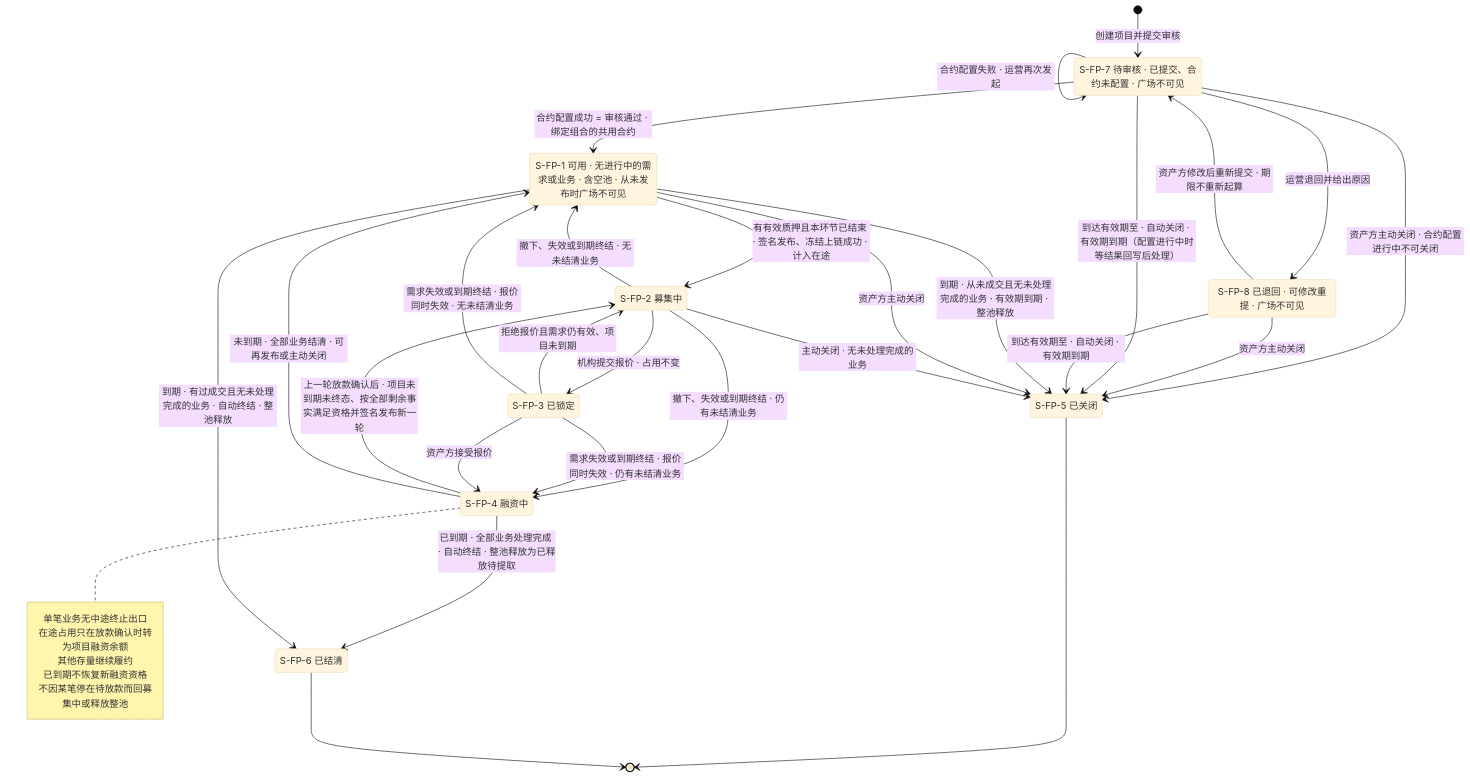
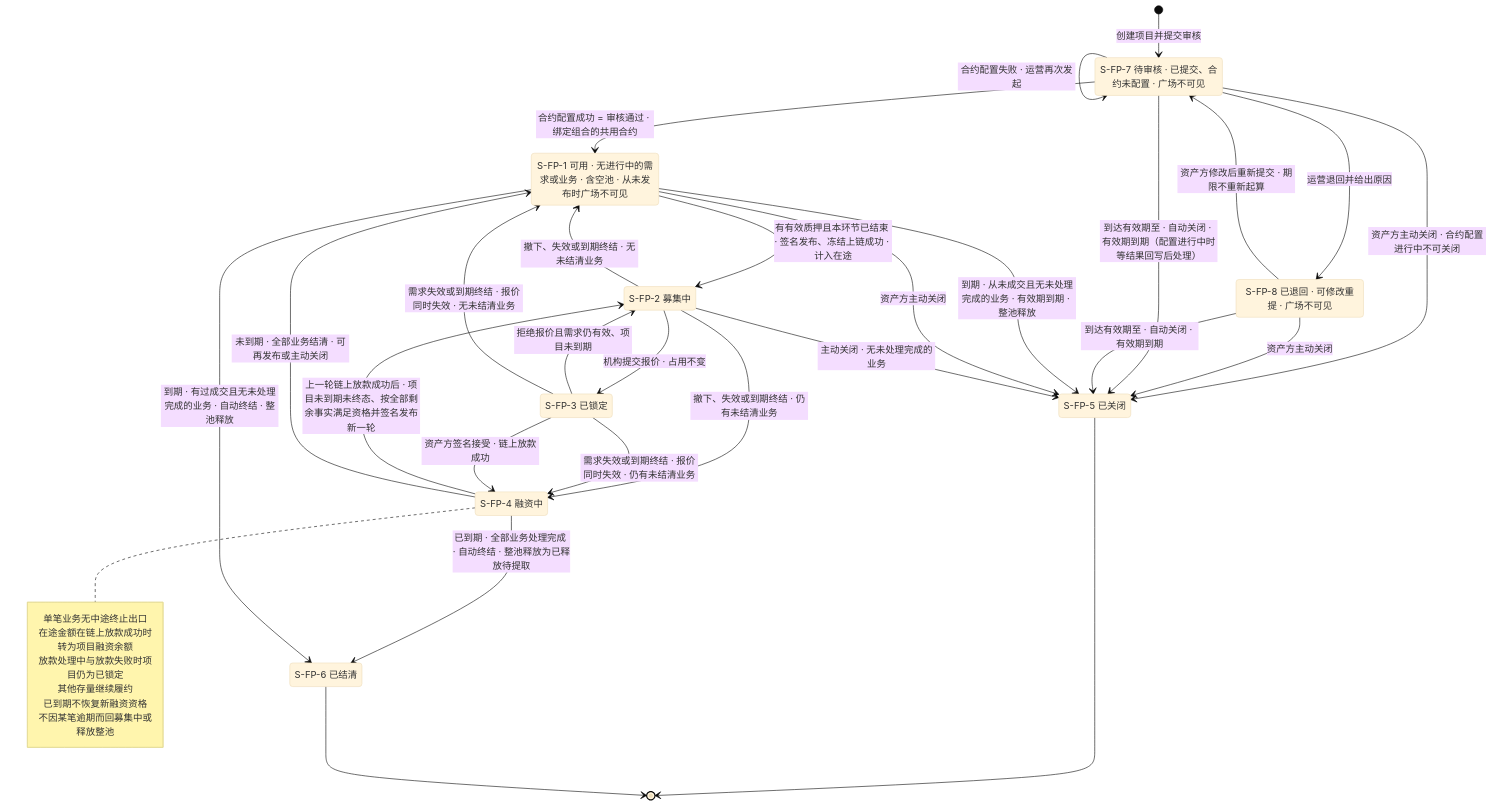
Before and after one commit to wxblockchain/Chain-Financing: the eighth of 10 diagrams in lending-platform/PRD/面客端/05-借贷广场-融资需求与代币质押/02-融资需求与代币质押-流程图与状态机.md, drawn with Mermaid (base theme). The commit also changed other lines of this file and 5 other files, not shown here.

````diff
--- a/lending-platform/PRD/面客端/05-借贷广场-融资需求与代币质押/02-融资需求与代币质押-流程图与状态机.md
+++ b/lending-platform/PRD/面客端/05-借贷广场-融资需求与代币质押/02-融资需求与代币质押-流程图与状态机.md
@@ -227,44 +230,45 @@
 ```mermaid
 stateDiagram-v2
   S_FP_7: S-FP-7 待审核 · 已提交、合约未配置 · 广场不可见
   S_FP_8: S-FP-8 已退回 · 可修改重提 · 广场不可见
   [*] --> S_FP_7: 创建项目并提交审核
   S_FP_7 --> S_FP_8: 运营退回并给出原因
   S_FP_8 --> S_FP_7: 资产方修改后重新提交 · 期限不重新起算
   S_FP_7 --> S_FP_7: 合约配置失败 · 运营再次发起
   S_FP_7 --> S_FP_1: 合约配置成功 = 审核通过 · 绑定组合的共用合约
   S_FP_7 --> S_FP_5: 资产方主动关闭 · 合约配置进行中不可关闭
   S_FP_8 --> S_FP_5: 资产方主动关闭
   S_FP_7 --> S_FP_5: 到达有效期至 · 自动关闭 · 有效期到期（配置进行中时等结果回写后处理）
   S_FP_8 --> S_FP_5: 到达有效期至 · 自动关闭 · 有效期到期
   S_FP_1: S-FP-1 可用 · 无进行中的需求或业务 · 含空池 · 从未发布时广场不可见
   S_FP_2: S-FP-2 募集中
   S_FP_3: S-FP-3 已锁定
   S_FP_4: S-FP-4 融资中
   S_FP_5: S-FP-5 已关闭
   S_FP_6: S-FP-6 已结清
   S_FP_1 --> S_FP_2: 有有效质押且本环节已结束 · 签名发布、冻结上链成功 · 计入在途
   S_FP_2 --> S_FP_1: 撤下、失效或到期终结 · 无未结清业务
   S_FP_2 --> S_FP_4: 撤下、失效或到期终结 · 仍有未结清业务
   S_FP_2 --> S_FP_3: 机构提交报价 · 占用不变
   S_FP_3 --> S_FP_2: 拒绝报价且需求仍有效、项目未到期
   S_FP_3 --> S_FP_1: 需求失效或到期终结 · 报价同时失效 · 无未结清业务
   S_FP_3 --> S_FP_4: 需求失效或到期终结 · 报价同时失效 · 仍有未结清业务
-  S_FP_3 --> S_FP_4: 资产方接受报价
-  S_FP_4 --> S_FP_2: 上一轮放款确认后 · 项目未到期未终态、按全部剩余事实满足资格并签名发布新一轮
+  S_FP_3 --> S_FP_4: 资产方签名接受 · 链上放款成功
+  S_FP_4 --> S_FP_2: 上一轮链上放款成功后 · 项目未到期未终态、按全部剩余事实满足资格并签名发布新一轮
   S_FP_4 --> S_FP_1: 未到期 · 全部业务结清 · 可再发布或主动关闭
   S_FP_4 --> S_FP_6: 已到期 · 全部业务处理完成 · 自动终结 · 整池释放为已释放待提取
   S_FP_1 --> S_FP_6: 到期 · 有过成交且无未处理完成的业务 · 自动终结 · 整池释放
   S_FP_1 --> S_FP_5: 到期 · 从未成交且无未处理完成的业务 · 有效期到期 · 整池释放
   S_FP_1 --> S_FP_5: 资产方主动关闭
   S_FP_2 --> S_FP_5: 主动关闭 · 无未处理完成的业务
   note right of S_FP_4
     单笔业务无中途终止出口
-    在途占用只在放款确认时转为项目融资余额
+    在途金额在链上放款成功时转为项目融资余额
+    放款处理中与放款失败时项目仍为已锁定
     其他存量继续履约
     已到期不恢复新融资资格
-    不因某笔停在待放款而回募集中或释放整池
+    不因某笔逾期而回募集中或释放整池
   end note
   S_FP_5 --> [*]
   S_FP_6 --> [*]
 ```
````
